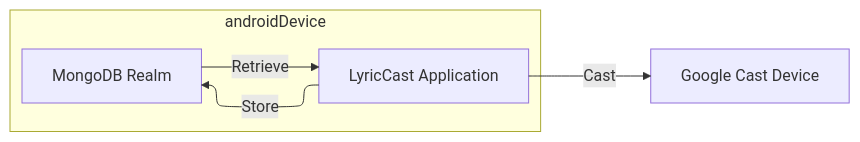
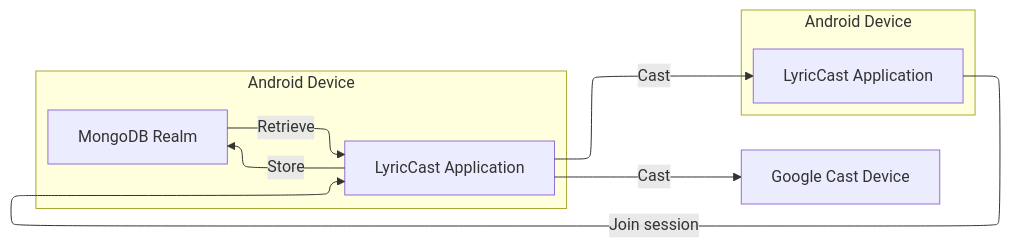
One commit to ThomasKiljanczykDev/LyricCast changed the diagram in README.md. Above: the diagram before and after it, drawn with Mermaid. The commit also changed other lines of this file and 94 other files, not shown here.

First line of the commit message:
Feature/multi device session (#46)

````diff
--- a/README.md
+++ b/README.md
@@ -150,10 +165,17 @@
 ```mermaid
 %%{init: {"flowchart": {"defaultRenderer": "elk"}} }%%
 flowchart LR
-  subgraph androidDevice
-    application[LyricCast Application]
+  subgraph androidDevice1[Android Device]
+    application1[LyricCast Application]
     mongodbRealm[MongoDB Realm]
-    application -->|Store| mongodbRealm -->|Retrieve| application
+    application1 -->|Store| mongodbRealm -->|Retrieve| application1
   end
-  application -->|Cast| B[Google Cast Device]
+
+  subgraph androidDevice2[Android Device]
+    application2[LyricCast Application]
+  end
+
+  application2 -->|Join session| application1
+  application1 -->|Cast| application2
+  application1 -->|Cast| googleCastDevice[Google Cast Device]
 ```
````
